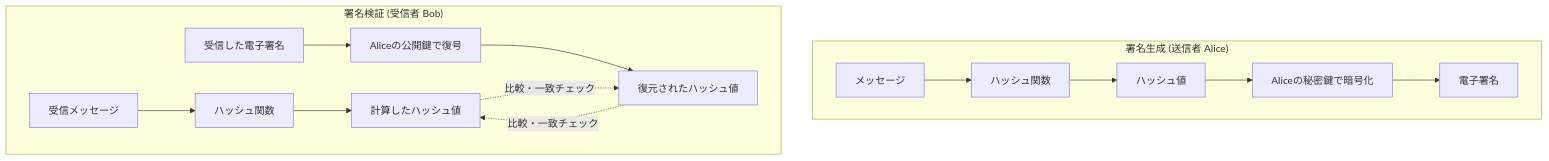
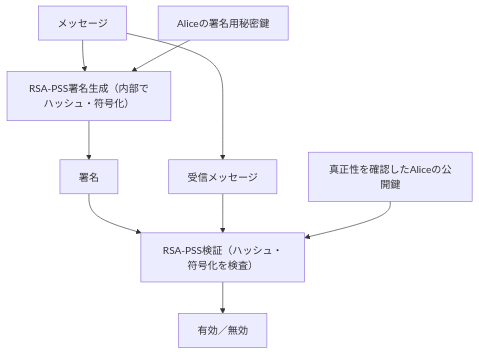
Before and after one commit to kenjinote/blog: the second of 3 diagrams in content/post/modern-cryptography-public-key-hash-signature/index.md, drawn with Mermaid. The commit also changed other lines of this file and 6 other files, not shown here.

````diff
--- a/content/post/modern-cryptography-public-key-hash-signature/index.md
+++ b/content/post/modern-cryptography-public-key-hash-signature/index.md
@@ -230,20 +218,11 @@
 ```mermaid
 graph TD
-    subgraph "署名生成 (送信者 Alice)"
-        M1["メッセージ"] --> H1["ハッシュ関数"]
-        H1 --> Hash1["ハッシュ値"]
-        Hash1 --> Sign["Aliceの秘密鍵で暗号化"]
-        Sign --> Sig["電子署名"]
-    end
-
-    subgraph "署名検証 (受信者 Bob)"
-        M2["受信メッセージ"] --> H2["ハッシュ関数"]
-        H2 --> Hash2["計算したハッシュ値"]
-        
-        Sig2["受信した電子署名"] --> Ver["Aliceの公開鍵で復号"]
-        Ver --> Hash3["復元されたハッシュ値"]
-        
-        Hash2 -.->|"比較・一致チェック"| Hash3
-        Hash3 -.->|"比較・一致チェック"| Hash2
-    end
+    M["メッセージ"] --> S["RSA-PSS署名生成（内部でハッシュ・符号化）"]
+    SK["Aliceの署名用秘密鍵"] --> S
+    S --> SIG["署名"]
+    M --> RM["受信メッセージ"]
+    SIG --> V["RSA-PSS検証（ハッシュ・符号化を検査）"]
+    RM --> V
+    PK["真正性を確認したAliceの公開鍵"] --> V
+    V --> R["有効／無効"]
 ```
````
